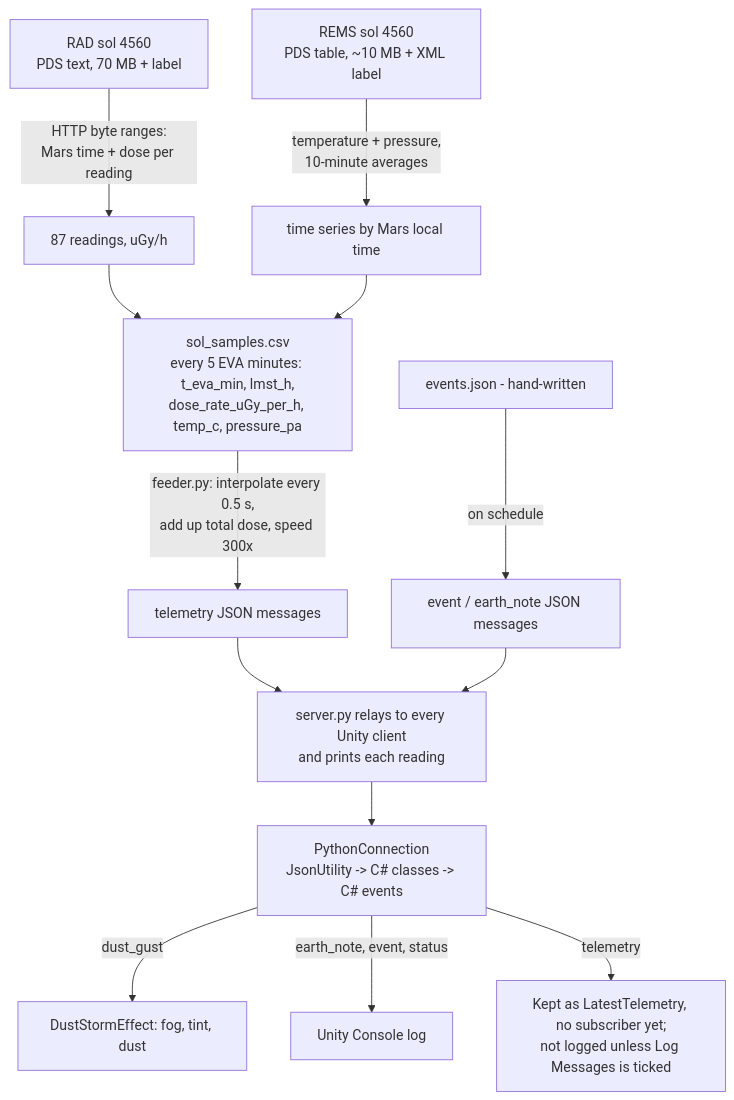
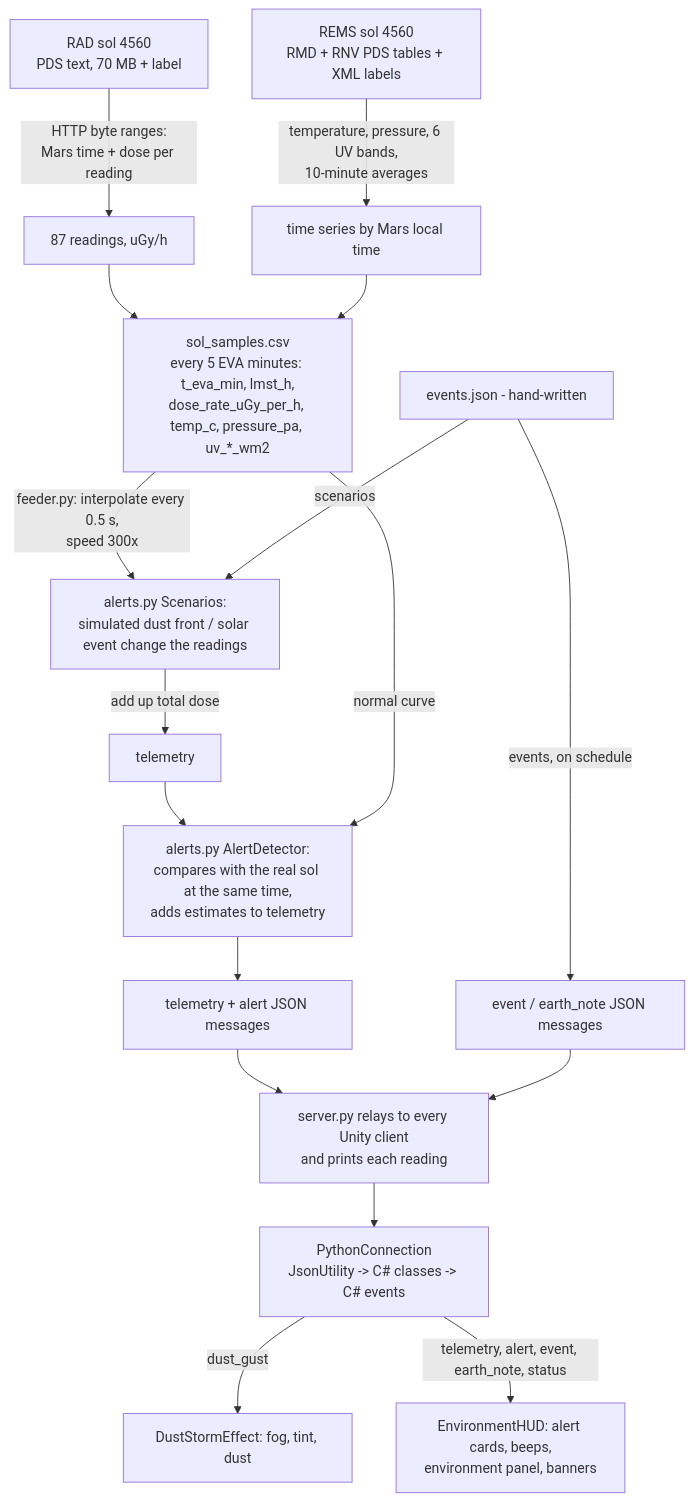
The fifth of 5 diagrams in docs/PROJECT_REPORT.md (knightofthegrey/Marsmap), drawn with Mermaid before and after one commit. The commit also changed other lines of this file and 5 other files, not shown here.

````diff
--- a/docs/PROJECT_REPORT.md
+++ b/docs/PROJECT_REPORT.md
@@ -495,15 +619,19 @@
 ```mermaid
 flowchart TB
   R["RAD sol 4560<br/>PDS text, 70 MB + label"] -->|"HTTP byte ranges:<br/>Mars time + dose per reading"| R2["87 readings, uGy/h"]
-  W["REMS sol 4560<br/>PDS table, ~10 MB + XML label"] -->|"temperature + pressure,<br/>10-minute averages"| W2["time series by Mars local time"]
-  R2 --> S["sol_samples.csv<br/>every 5 EVA minutes: t_eva_min, lmst_h,<br/>dose_rate_uGy_per_h, temp_c, pressure_pa"]
+  W["REMS sol 4560<br/>RMD + RNV PDS tables + XML labels"] -->|"temperature, pressure, 6 UV bands,<br/>10-minute averages"| W2["time series by Mars local time"]
+  R2 --> S["sol_samples.csv<br/>every 5 EVA minutes: t_eva_min, lmst_h,<br/>dose_rate_uGy_per_h, temp_c, pressure_pa, uv_*_wm2"]
   W2 --> S
-  S -->|"feeder.py: interpolate every 0.5 s,<br/>add up total dose, speed 300x"| T["telemetry JSON messages"]
-  E["events.json - hand-written"] -->|"on schedule"| V["event / earth_note JSON messages"]
-  T --> SRV["server.py relays to every Unity client<br/>and prints each reading"]
+  S -->|"feeder.py: interpolate every 0.5 s,<br/>speed 300x"| SC["alerts.py Scenarios:<br/>simulated dust front / solar event change the readings"]
+  E["events.json - hand-written"] -->|"scenarios"| SC
+  SC -->|"add up total dose"| T["telemetry"]
+  T --> DET["alerts.py AlertDetector:<br/>compares with the real sol at the same time,<br/>adds estimates to telemetry"]
+  S -->|"normal curve"| DET
+  DET --> T2["telemetry + alert JSON messages"]
+  E -->|"events, on schedule"| V["event / earth_note JSON messages"]
+  T2 --> SRV["server.py relays to every Unity client<br/>and prints each reading"]
   V --> SRV
   SRV --> PC["PythonConnection<br/>JsonUtility -> C# classes -> C# events"]
   PC -->|"dust_gust"| DS["DustStormEffect: fog, tint, dust"]
-  PC -->|"earth_note, event, status"| CON["Unity Console log"]
-  PC -->|"telemetry"| TLM["Kept as LatestTelemetry, no subscriber yet;<br/>not logged unless Log Messages is ticked"]
+  PC -->|"telemetry, alert, event, earth_note, status"| EH["EnvironmentHUD: alert cards, beeps,<br/>environment panel, banners"]
 ```
````
